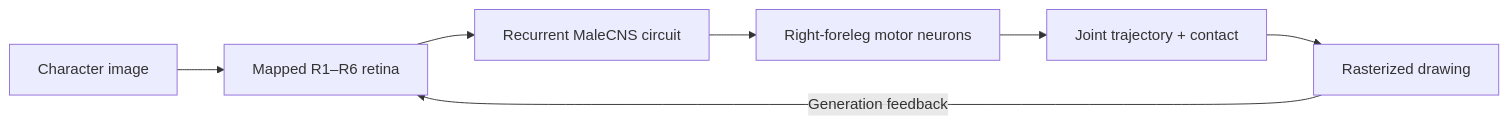
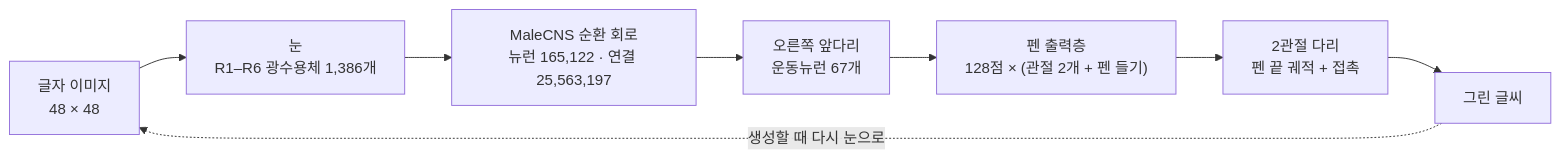
Before and after one commit to Chika1472/FlyLM: the diagram in README.md, drawn with Mermaid. The commit also changed other lines of this file, not shown here.

````diff
--- a/README.md
+++ b/README.md
@@ -28,9 +138,10 @@
 ```mermaid
 flowchart LR
-    image["Character image"] --> retina["Mapped R1–R6 retina"]
-    retina --> circuit["Recurrent MaleCNS circuit"]
-    circuit --> motor["Right-foreleg motor neurons"]
-    motor --> pen["Joint trajectory + contact"]
-    pen --> ink["Rasterized drawing"]
-    ink -->|Generation feedback| retina
+    IMG["글자 이미지<br/>48 × 48"] --> EYE["눈<br/>R1–R6 광수용체 1,386개"]
+    EYE --> CNS["MaleCNS 순환 회로<br/>뉴런 165,122 · 연결 25,563,197"]
+    CNS --> MN["오른쪽 앞다리<br/>운동뉴런 67개"]
+    MN --> HEAD["펜 출력층<br/>128점 × (관절 2개 + 펜 들기)"]
+    HEAD --> LEG["2관절 다리<br/>펜 끝 궤적 + 접촉"]
+    LEG --> INK["그린 글씨"]
+    INK -.->|생성할 때 다시 눈으로| IMG
 ```
````
